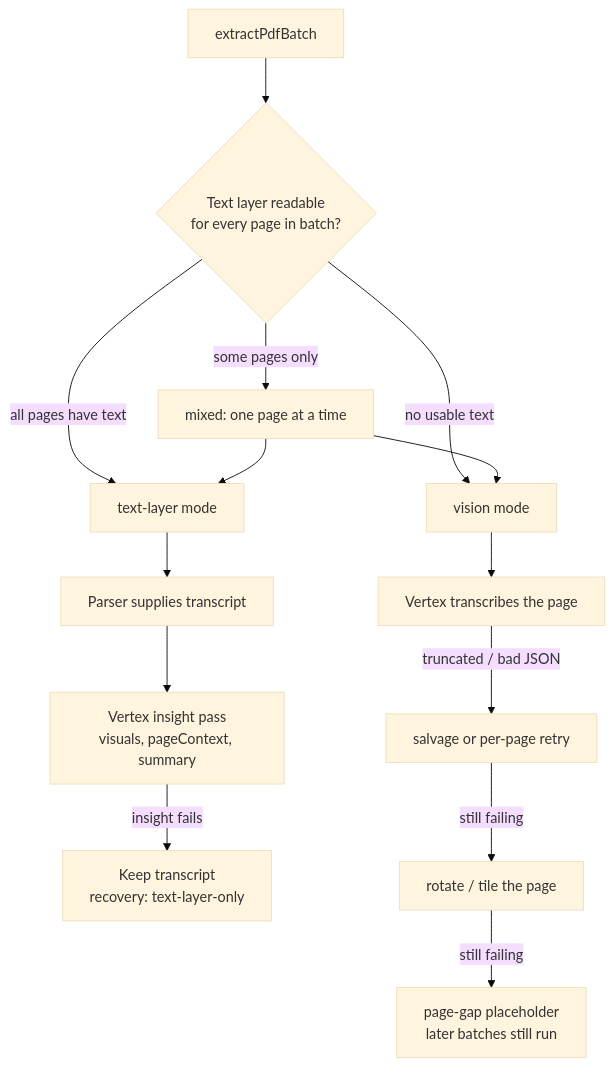
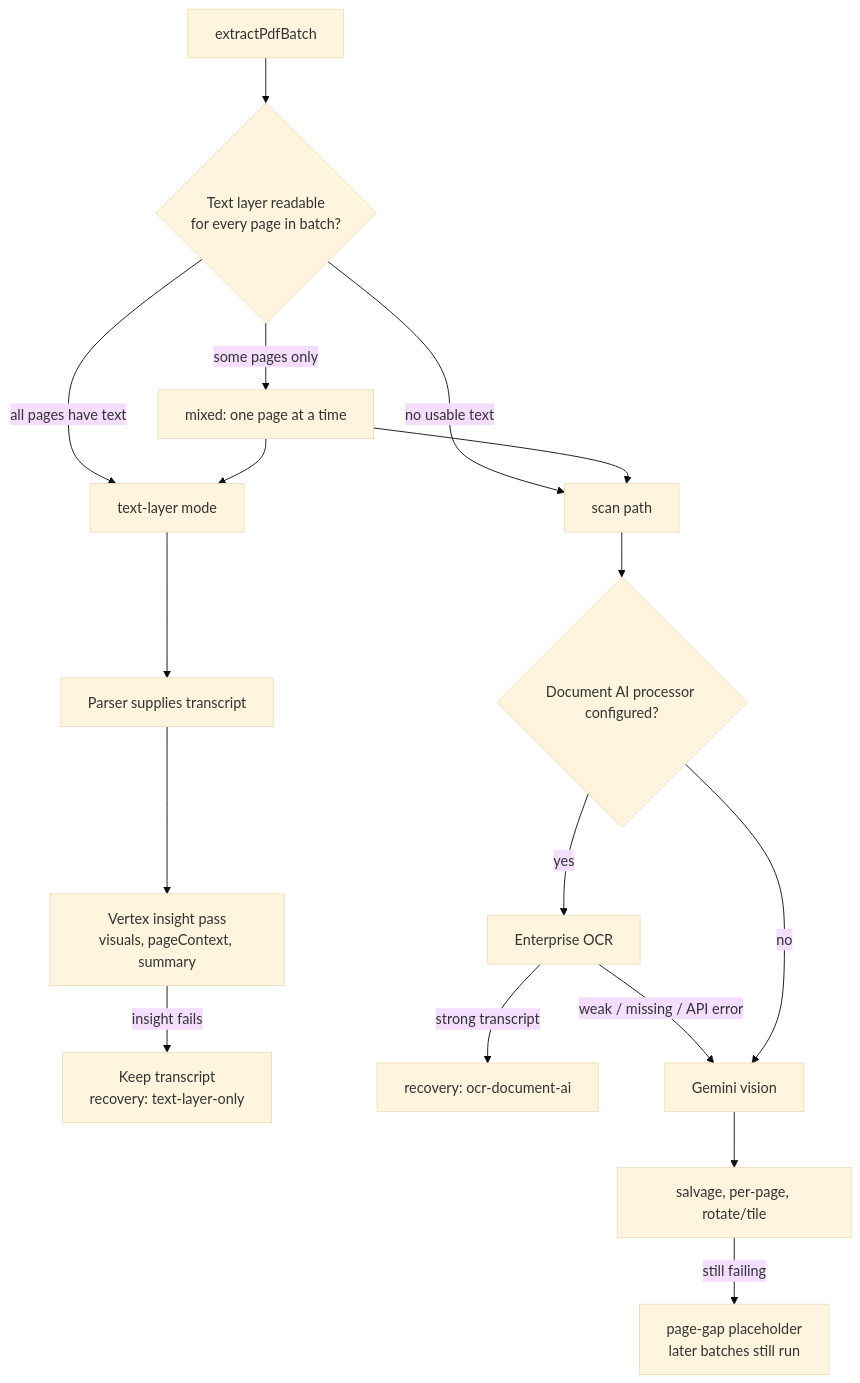
Before and after one commit to sachin-aag/andrei: the fourth of 7 diagrams in docs/document-ingest-pipeline.md, drawn with Mermaid (base theme). The commit also changed other lines of this file and 21 other files, not shown here.

First line of the commit message:
Use Document AI OCR for scans so ingest is not stuck on Gemini vision.

````diff
--- a/docs/document-ingest-pipeline.md
+++ b/docs/document-ingest-pipeline.md
@@ -96,19 +96,22 @@
 ```mermaid
 flowchart TD
   A["extractPdfBatch"] --> B{"Text layer readable<br/>for every page in batch?"}
   B -->|all pages have text| C["text-layer mode"]
-  B -->|no usable text| D["vision mode"]
+  B -->|no usable text| D["scan path"]
   B -->|some pages only| E["mixed: one page at a time"]
 
   C --> F["Parser supplies transcript"]
   F --> G["Vertex insight pass<br/>visuals, pageContext, summary"]
   G -->|insight fails| H["Keep transcript<br/>recovery: text-layer-only"]
 
-  D --> I["Vertex transcribes the page"]
-  I -->|truncated / bad JSON| J["salvage or per-page retry"]
-  J -->|still failing| K["rotate / tile the page"]
-  K -->|still failing| L["page-gap placeholder<br/>later batches still run"]
+  D --> OCR{"Document AI processor configured?"}
+  OCR -->|yes| I["Enterprise OCR"]
+  I -->|strong transcript| J["recovery: ocr-document-ai"]
+  I -->|weak / missing / API error| K["Gemini vision"]
+  OCR -->|no| K
+  K --> L["salvage, per-page, rotate/tile"]
+  L -->|still failing| M["page-gap placeholder<br/>later batches still run"]
 
   E --> C
   E --> D
 ```
````
